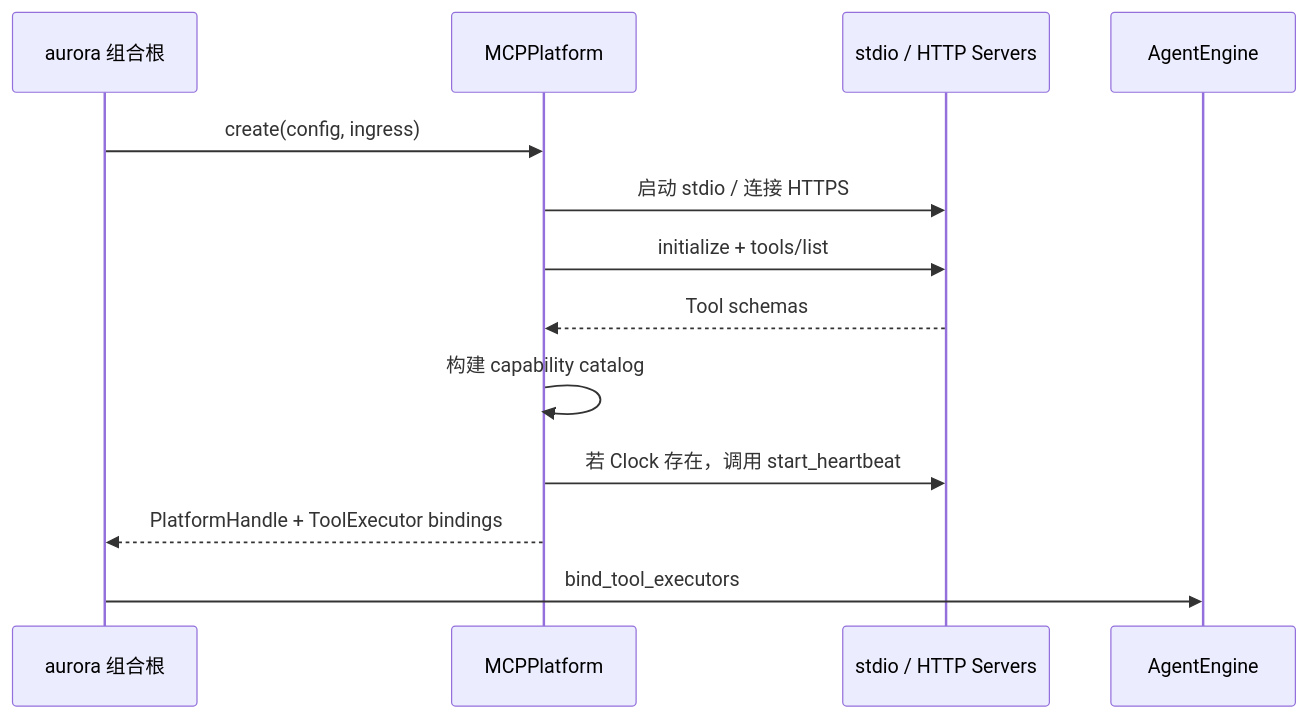
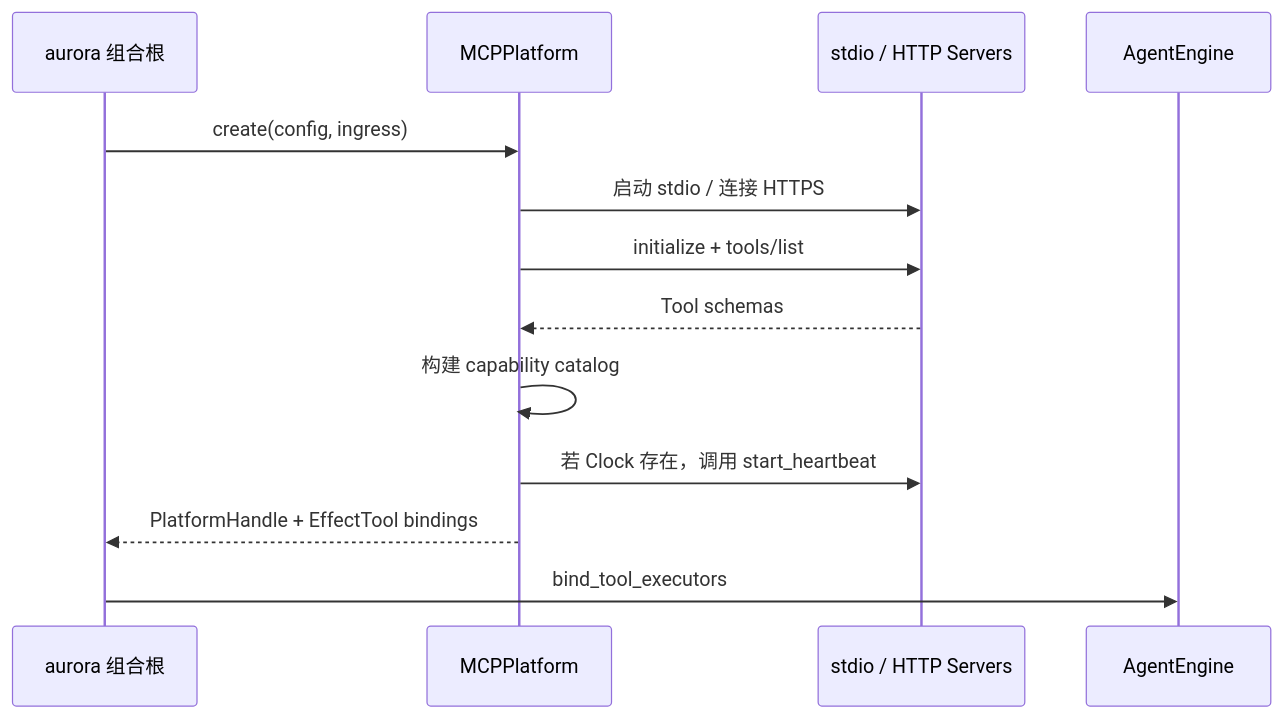
One commit to AuroraBot-Dev/docs changed the first of 2 diagrams in architecture/platform-runtime.md. Above: the diagram before and after it, drawn with Mermaid. The commit also changed other lines of this file and 3 other files, not shown here.

````diff
--- a/architecture/platform-runtime.md
+++ b/architecture/platform-runtime.md
@@ -22,16 +22,16 @@
 ```mermaid
 sequenceDiagram
     participant A as aurora 组合根
     participant P as MCPPlatform
     participant S as stdio / HTTP Servers
     participant E as AgentEngine
 
     A->>P: create(config, ingress)
     P->>S: 启动 stdio / 连接 HTTPS
     P->>S: initialize + tools/list
     S-->>P: Tool schemas
     P->>P: 构建 capability catalog
     P->>S: 若 Clock 存在，调用 start_heartbeat
-    P-->>A: PlatformHandle + ToolExecutor bindings
+    P-->>A: PlatformHandle + EffectTool bindings
     A->>E: bind_tool_executors
 ```
````
